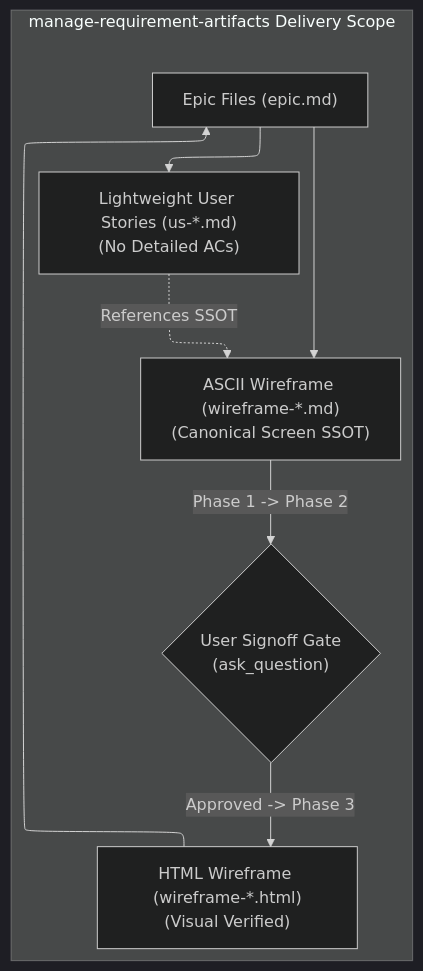
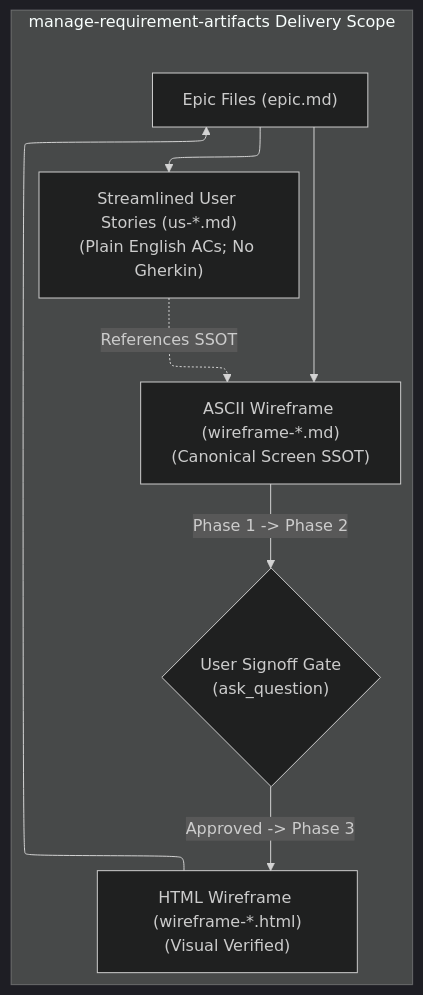
The diagram in .agents/skills/manage-requirement-artifacts/SKILL.md (BruceNasher168/detective-wifey), drawn with Mermaid (dark theme) before and after one commit. The commit also changed other lines of this file and 123 other files, not shown here.

````diff
--- a/.agents/skills/manage-requirement-artifacts/SKILL.md
+++ b/.agents/skills/manage-requirement-artifacts/SKILL.md
@@ -31,18 +31,18 @@
 ```mermaid
 %%{init: {"flowchart": {"defaultRenderer": "elk"}}}%%
 flowchart TD
     subgraph MRA_Scope ["manage-requirement-artifacts Delivery Scope"]
         EPIC["Epic Files (epic.md)"]
-        US["Lightweight User Stories (us-*.md)\n(No Detailed ACs)"]
+        US["Streamlined User Stories (us-*.md)\n(Plain English ACs; No Gherkin)"]
         ASCII_WF["ASCII Wireframe (wireframe-*.md)\n(Canonical Screen SSOT)"]
         SIGNOFF{"User Signoff Gate\n(ask_question)"}
         HTML_WF["HTML Wireframe (wireframe-*.html)\n(Visual Verified)"]
 
         EPIC --> US
         EPIC --> ASCII_WF
         US -.->|"References SSOT"| ASCII_WF
         ASCII_WF -->|"Phase 1 -> Phase 2"| SIGNOFF
         SIGNOFF -->|"Approved -> Phase 3"| HTML_WF
         HTML_WF --> EPIC
     end
 ```
````
